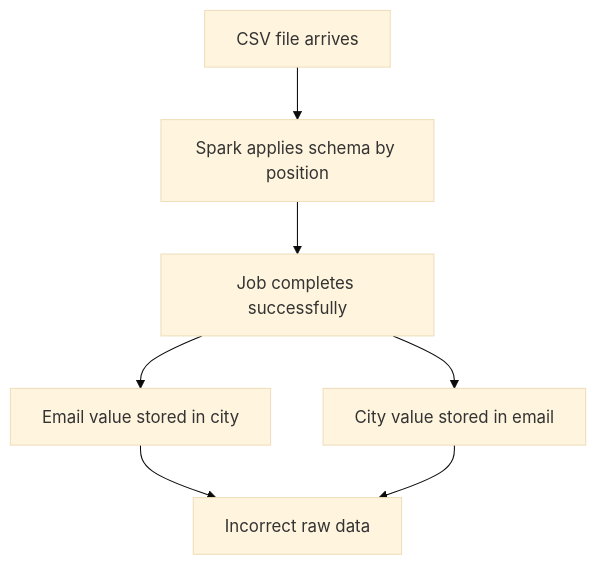
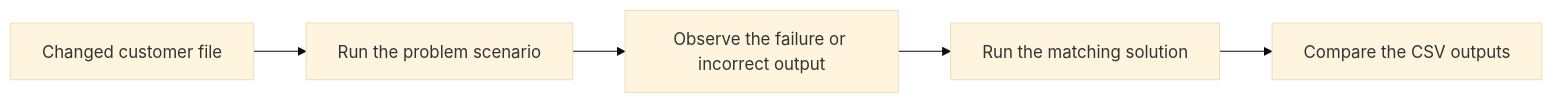
One commit to tg117official/databricks-hands-on-tg117-pst changed the first of 15 diagrams in 03_file_based_ingestion/session_4/customer_schema_evolution/customer_schema_evolution_notes.md. Above: the diagram before and after it, drawn with Mermaid (base theme). The commit also changed other lines of this file and 4 other files, not shown here.

Commit message:
added schema evolution scenarios problem solution approach

````diff
--- a/03_file_based_ingestion/session_4/customer_schema_evolution/customer_schema_evolution_notes.md
+++ b/03_file_based_ingestion/session_4/customer_schema_evolution/customer_schema_evolution_notes.md
@@ -54,9 +19,7 @@
 ```mermaid
-flowchart TD
-    A[CSV file arrives] --> B[Spark applies schema by position]
-    B --> C[Job completes successfully]
-    C --> D[Email value stored in city]
-    C --> E[City value stored in email]
-    D --> F[Incorrect raw data]
-    E --> F
+flowchart LR
+    A[Changed customer file] --> B[Run the problem scenario]
+    B --> C[Observe the failure or incorrect output]
+    C --> D[Run the matching solution]
+    D --> E[Compare the CSV outputs]
 ```
````
